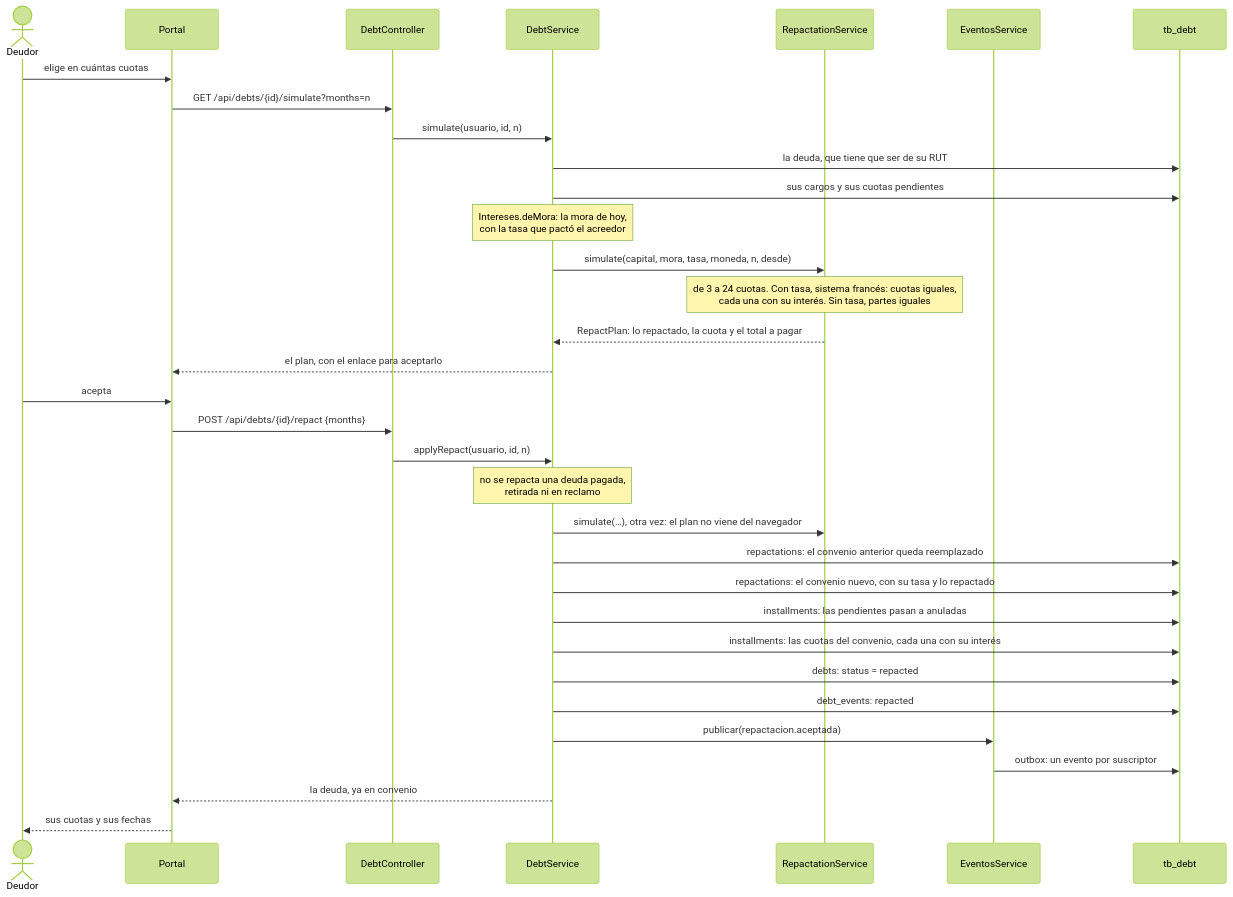
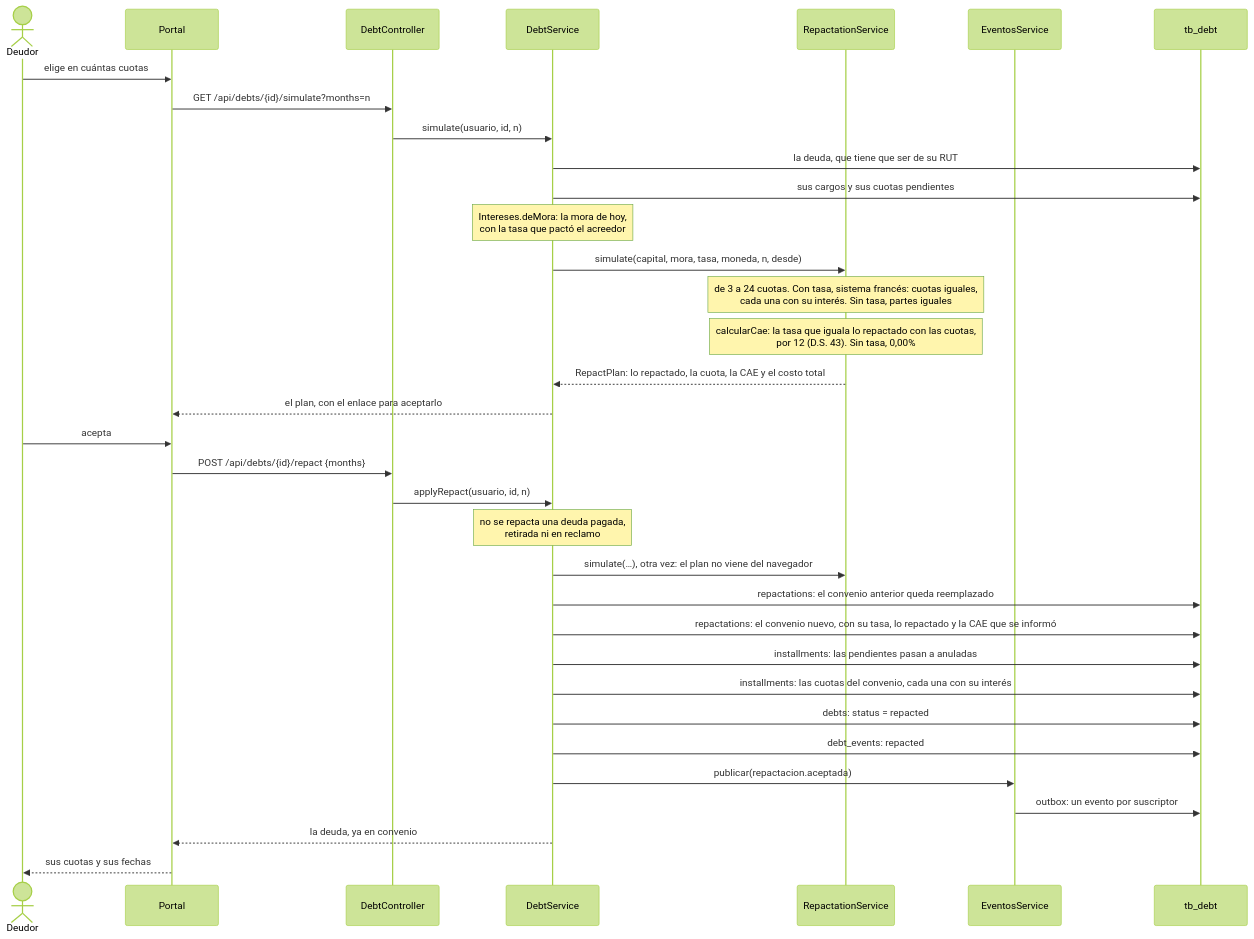
One commit to TechnicalBridge/DataBridge changed the fifth of 16 diagrams in docs/diagramas/secuencia.md. Above: the diagram before and after it, drawn with Mermaid (forest theme). The commit also changed 20 other files, not shown here.

First line of the commit message:
feat(ms-debt, portal): Informar la CAE y el costo total del convenio (#182)

````diff
--- a/docs/diagramas/secuencia.md
+++ b/docs/diagramas/secuencia.md
@@ -287,37 +287,38 @@
 ```mermaid
 sequenceDiagram
     actor D as Deudor
     participant P as Portal
     participant DC as DebtController
     participant DS as DebtService
     participant RS as RepactationService
     participant ES as EventosService
     participant B as tb_debt
 
     D->>P: elige en cuántas cuotas
     P->>DC: GET /api/debts/{id}/simulate?months=n
     DC->>DS: simulate(usuario, id, n)
     DS->>B: la deuda, que tiene que ser de su RUT
     DS->>B: sus cargos y sus cuotas pendientes
     Note over DS: Intereses.deMora: la mora de hoy,<br/>con la tasa que pactó el acreedor
     DS->>RS: simulate(capital, mora, tasa, moneda, n, desde)
     Note over RS: de 3 a 24 cuotas. Con tasa, sistema francés: cuotas iguales,<br/>cada una con su interés. Sin tasa, partes iguales
-    RS-->>DS: RepactPlan: lo repactado, la cuota y el total a pagar
+    Note over RS: calcularCae: la tasa que iguala lo repactado con las cuotas,<br/>por 12 (D.S. 43). Sin tasa, 0,00%
+    RS-->>DS: RepactPlan: lo repactado, la cuota, la CAE y el costo total
     DS-->>P: el plan, con el enlace para aceptarlo
 
     D->>P: acepta
     P->>DC: POST /api/debts/{id}/repact {months}
     DC->>DS: applyRepact(usuario, id, n)
     Note over DS: no se repacta una deuda pagada,<br/>retirada ni en reclamo
     DS->>RS: simulate(…), otra vez: el plan no viene del navegador
     DS->>B: repactations: el convenio anterior queda reemplazado
-    DS->>B: repactations: el convenio nuevo, con su tasa y lo repactado
+    DS->>B: repactations: el convenio nuevo, con su tasa, lo repactado y la CAE que se informó
     DS->>B: installments: las pendientes pasan a anuladas
     DS->>B: installments: las cuotas del convenio, cada una con su interés
     DS->>B: debts: status = repacted
     DS->>B: debt_events: repacted
     DS->>ES: publicar(repactacion.aceptada)
     ES->>B: outbox: un evento por suscriptor
     DS-->>P: la deuda, ya en convenio
     P-->>D: sus cuotas y sus fechas
 ```
````
